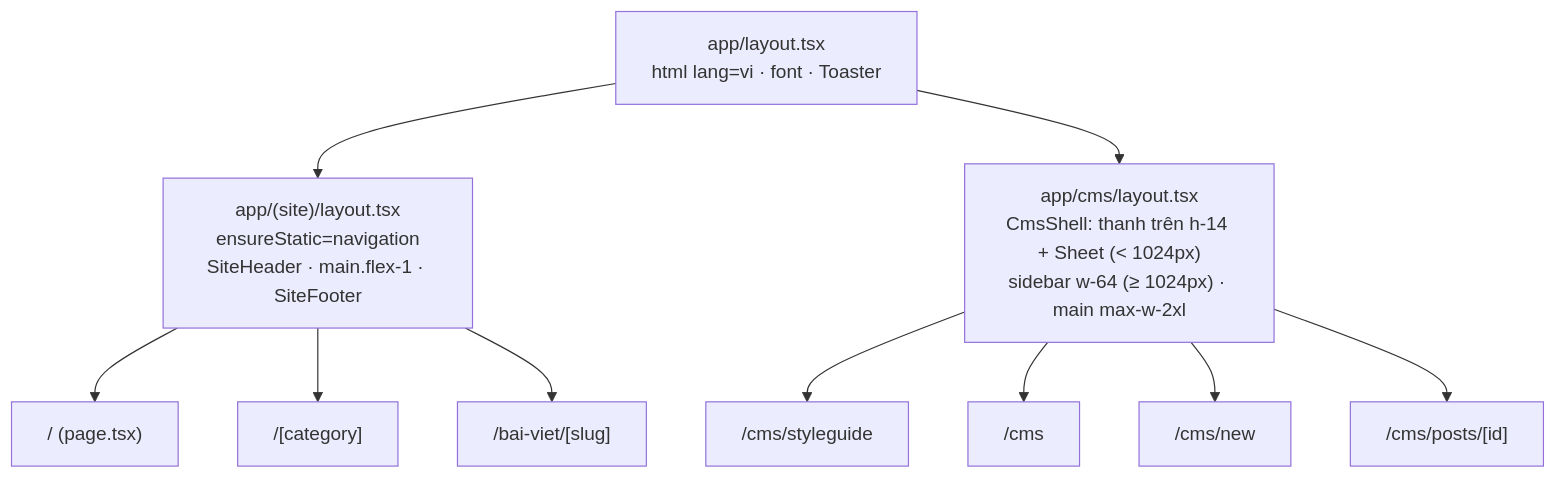
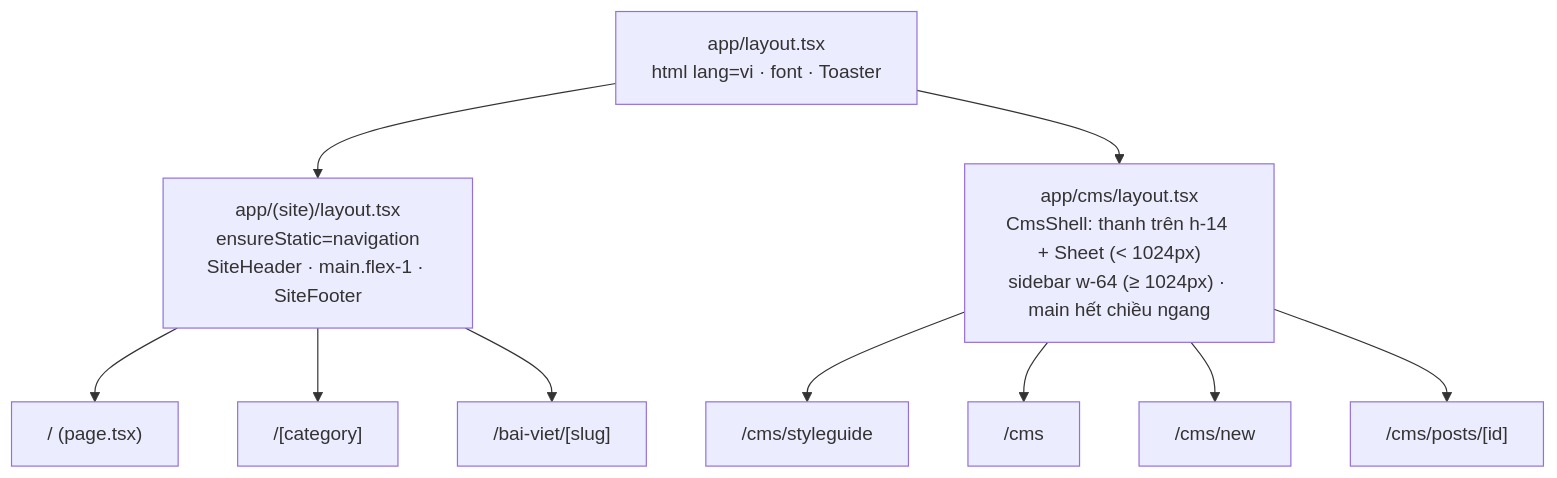
The diagram in docs/nen-tang-ky-thuat/giao-dien.md (lqvinh1205/affiliate-project), drawn with Mermaid before and after one commit. The commit also changed other lines of this file and 6 other files, not shown here.

Commit message:
feat: Update CMS layout to utilize full width and adjust form components for better responsiveness

````diff
--- a/docs/nen-tang-ky-thuat/giao-dien.md
+++ b/docs/nen-tang-ky-thuat/giao-dien.md
@@ -191,13 +191,13 @@
 ```mermaid
 flowchart TD
   Root["app/layout.tsx<br/>html lang=vi · font · Toaster"]
   Root --> Site["app/(site)/layout.tsx<br/>ensureStatic=navigation<br/>SiteHeader · main.flex-1 · SiteFooter"]
-  Root --> Cms["app/cms/layout.tsx<br/>CmsShell: thanh trên h-14 + Sheet (< 1024px)<br/>sidebar w-64 (≥ 1024px) · main max-w-2xl"]
+  Root --> Cms["app/cms/layout.tsx<br/>CmsShell: thanh trên h-14 + Sheet (< 1024px)<br/>sidebar w-64 (≥ 1024px) · main hết chiều ngang"]
   Cms --> Sg["/cms/styleguide"]
   Site --> Home["/ (page.tsx)"]
   Site --> Cat["/[category]"]
   Site --> Post["/bai-viet/[slug]"]
   Cms --> List["/cms"]
   Cms --> New["/cms/new"]
   Cms --> Edit["/cms/posts/[id]"]
 ```
````
